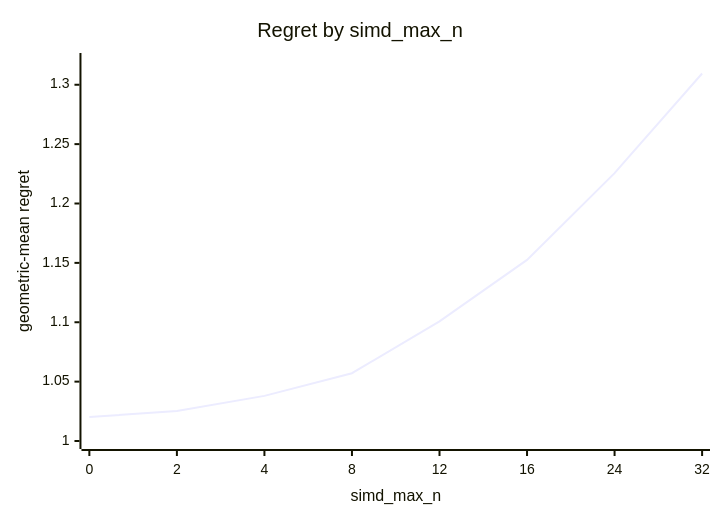
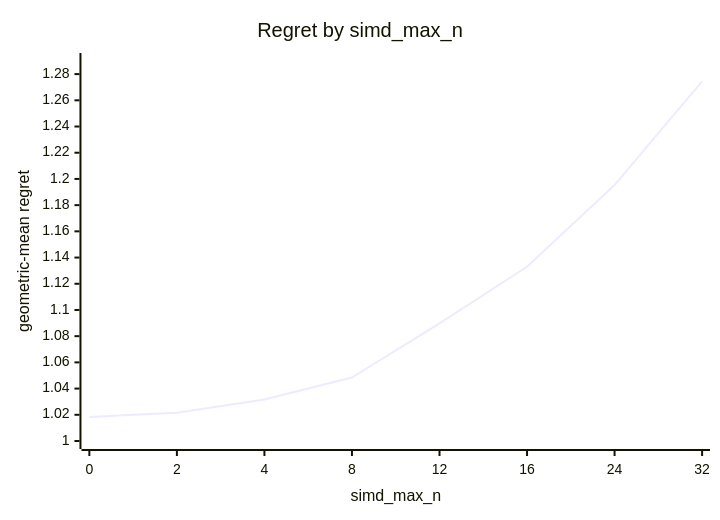
The second of 5 diagrams in docs/results/apple-m5-pro-20gpu/combined/eigh/report.md (c0rmac/metal-linalg), drawn with Mermaid before and after one commit. The commit also changed other lines of this file and 9 other files, not shown here.

````diff
--- a/docs/results/apple-m5-pro-20gpu/combined/eigh/report.md
+++ b/docs/results/apple-m5-pro-20gpu/combined/eigh/report.md
@@ -64,7 +66,7 @@
 ```mermaid
 xychart-beta
     title "Regret by simd_max_n"
     x-axis "simd_max_n" [0, 2, 4, 8, 12, 16, 24, 32]
-    y-axis "geometric-mean regret" 1.0 --> 1.32
-    line [1.0202, 1.0252, 1.0380, 1.0571, 1.1008, 1.1525, 1.2256, 1.3095]
+    y-axis "geometric-mean regret" 1.0 --> 1.29
+    line [1.0184, 1.0216, 1.0316, 1.0484, 1.0898, 1.1330, 1.1953, 1.2745]
 ```
````
